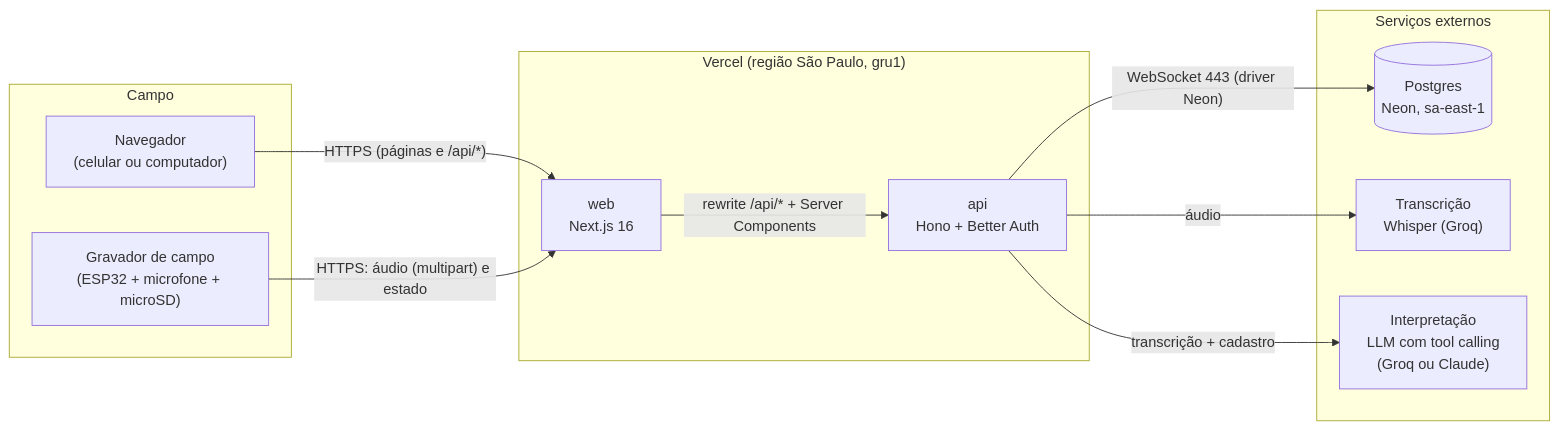
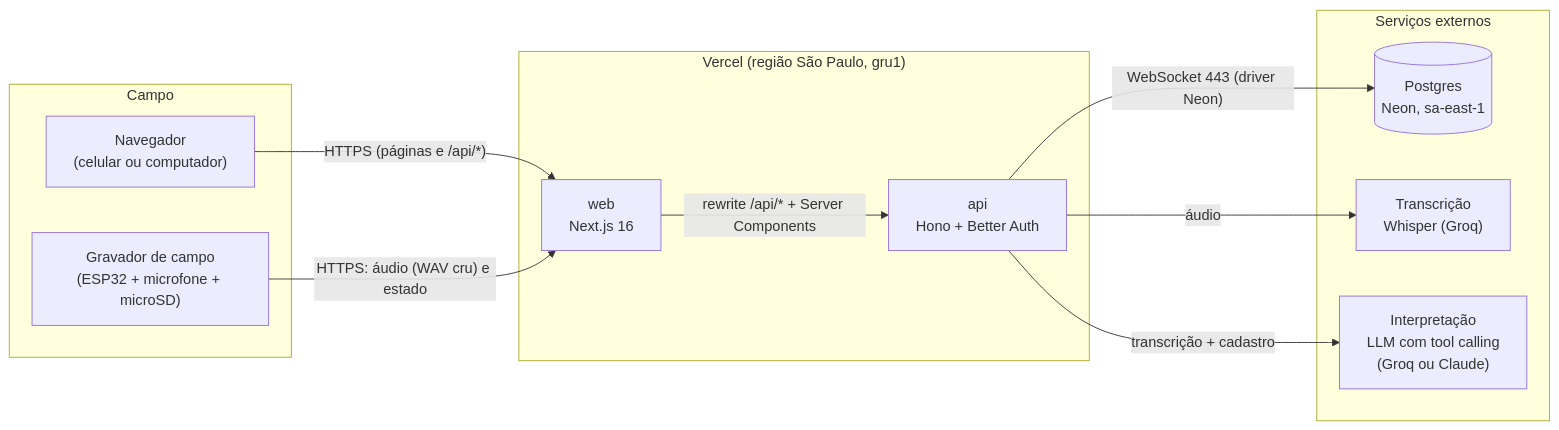
Before and after one commit to Arthur-dezingrini/noteless: the first of 4 diagrams in docs/arquitetura.md, drawn with Mermaid. The commit also changed other lines of this file and 6 other files, not shown here.

First line of the commit message:
gravador: envio que travava por falta de memória e áudio cru (1.0.3)

````diff
--- a/docs/arquitetura.md
+++ b/docs/arquitetura.md
@@ -17,25 +17,25 @@
 ```mermaid
 flowchart LR
     subgraph Campo
         G["Gravador de campo<br/>(ESP32 + microfone + microSD)"]
         N["Navegador<br/>(celular ou computador)"]
     end
 
     subgraph Vercel["Vercel (região São Paulo, gru1)"]
         W["web<br/>Next.js 16"]
         A["api<br/>Hono + Better Auth"]
     end
 
     subgraph Externos["Serviços externos"]
         DB[("Postgres<br/>Neon, sa-east-1")]
         T["Transcrição<br/>Whisper (Groq)"]
         I["Interpretação<br/>LLM com tool calling<br/>(Groq ou Claude)"]
     end
 
     N -- "HTTPS (páginas e /api/*)" --> W
     W -- "rewrite /api/* + Server Components" --> A
-    G -- "HTTPS: áudio (multipart) e estado" --> W
+    G -- "HTTPS: áudio (WAV cru) e estado" --> W
     A -- "WebSocket 443 (driver Neon)" --> DB
     A -- "áudio" --> T
     A -- "transcrição + cadastro" --> I
 ```
````
